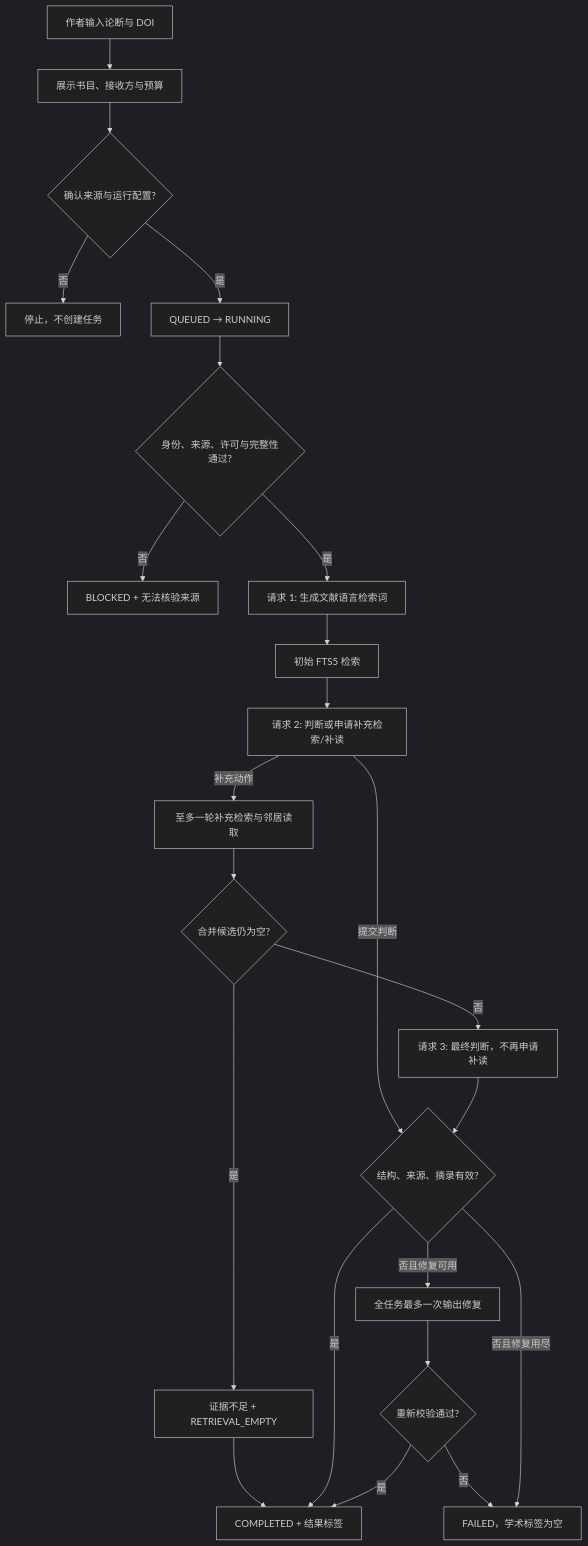
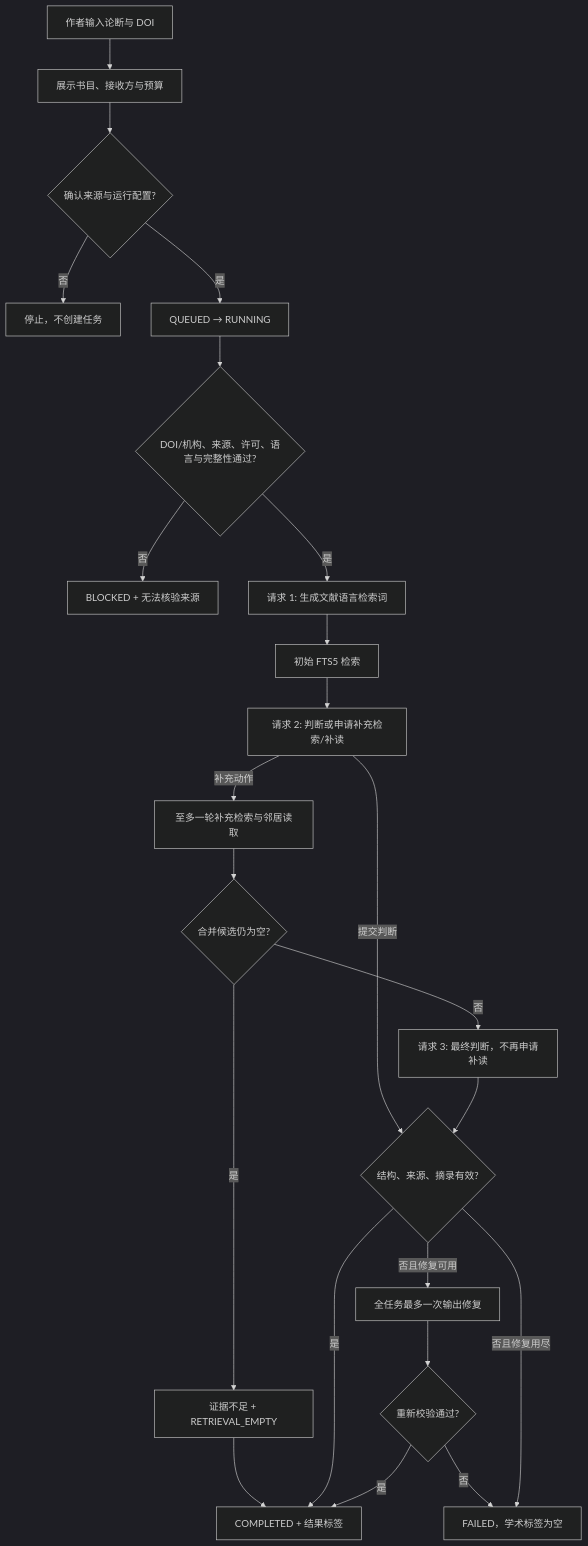
One commit to wynxing/paper-evidence-agent changed the fourth of 4 diagrams in docs/architecture.md. Above: the diagram before and after it, drawn with Mermaid (dark theme). The commit also changed other lines of this file and 6 other files, not shown here.

````diff
--- a/docs/architecture.md
+++ b/docs/architecture.md
@@ -115,25 +119,25 @@
 ```mermaid
 flowchart TD
     A["作者输入论断与 DOI"] --> B["展示书目、接收方与预算"]
     B --> C{"确认来源与运行配置?"}
     C -- "否" --> Stop["停止，不创建任务"]
     C -- "是" --> Q["QUEUED → RUNNING"]
-    Q --> S{"身份、来源、许可与完整性通过?"}
+    Q --> S{"DOI/机构、来源、许可、语言与完整性通过?"}
     S -- "否" --> Block["BLOCKED + 无法核验来源"]
     S -- "是" --> G["请求 1: 生成文献语言检索词"]
     G --> R["初始 FTS5 检索"]
     R --> D["请求 2: 判断或申请补充检索/补读"]
     D -- "提交判断" --> V{"结构、来源、摘录有效?"}
     D -- "补充动作" --> R2["至多一轮补充检索与邻居读取"]
     R2 --> Empty{"合并候选仍为空?"}
     Empty -- "是" --> Insufficient["证据不足 + RETRIEVAL_EMPTY"]
     Insufficient --> Done
     Empty -- "否" --> D2["请求 3: 最终判断，不再申请补读"]
     D2 --> V
     V -- "是" --> Done["COMPLETED + 结果标签"]
     V -- "否且修复可用" --> Fix["全任务最多一次输出修复"]
     Fix --> V2{"重新校验通过?"}
     V2 -- "是" --> Done
     V2 -- "否" --> Fail["FAILED，学术标签为空"]
     V -- "否且修复用尽" --> Fail
 ```
````
